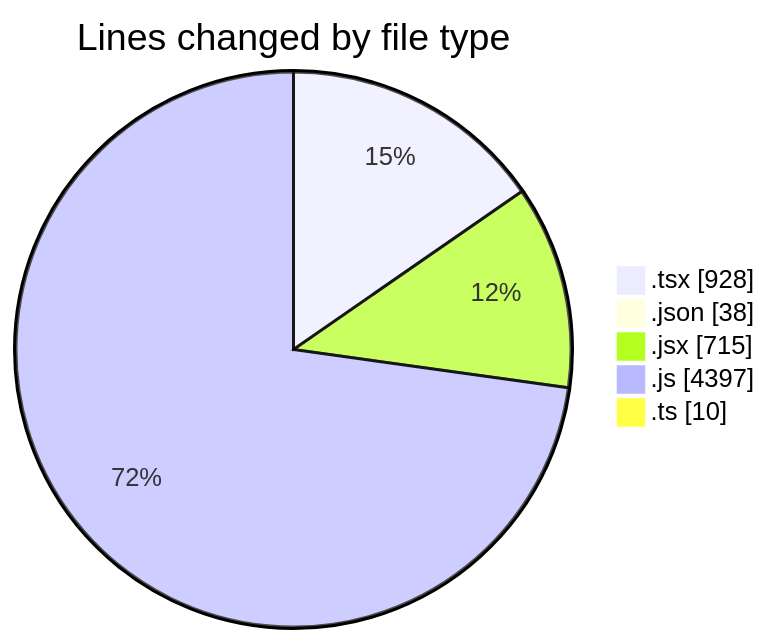
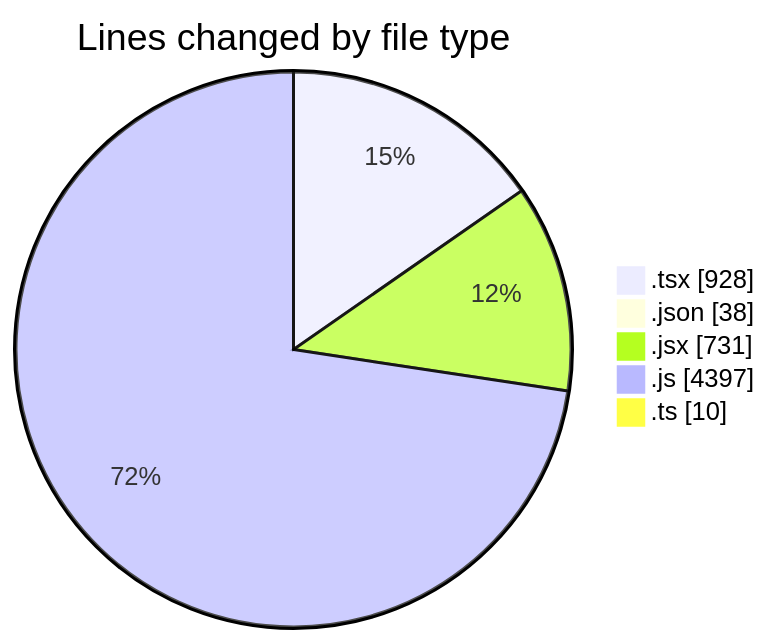
Before and after one commit to Elitesun/code-tracking: the first of 2 diagrams in 2025-05-27/ecom_store/README.md, drawn with Mermaid. The commit also changed other lines of this file and 1 other file, not shown here.

````diff
--- a/2025-05-27/ecom_store/README.md
+++ b/2025-05-27/ecom_store/README.md
@@ -41,9 +41,9 @@
 ```mermaid
 pie showData
 title Lines changed by file type
 ".tsx" : 928
 ".json" : 38
-".jsx" : 715
+".jsx" : 731
 ".js" : 4397
 ".ts" : 10
 ```
````
